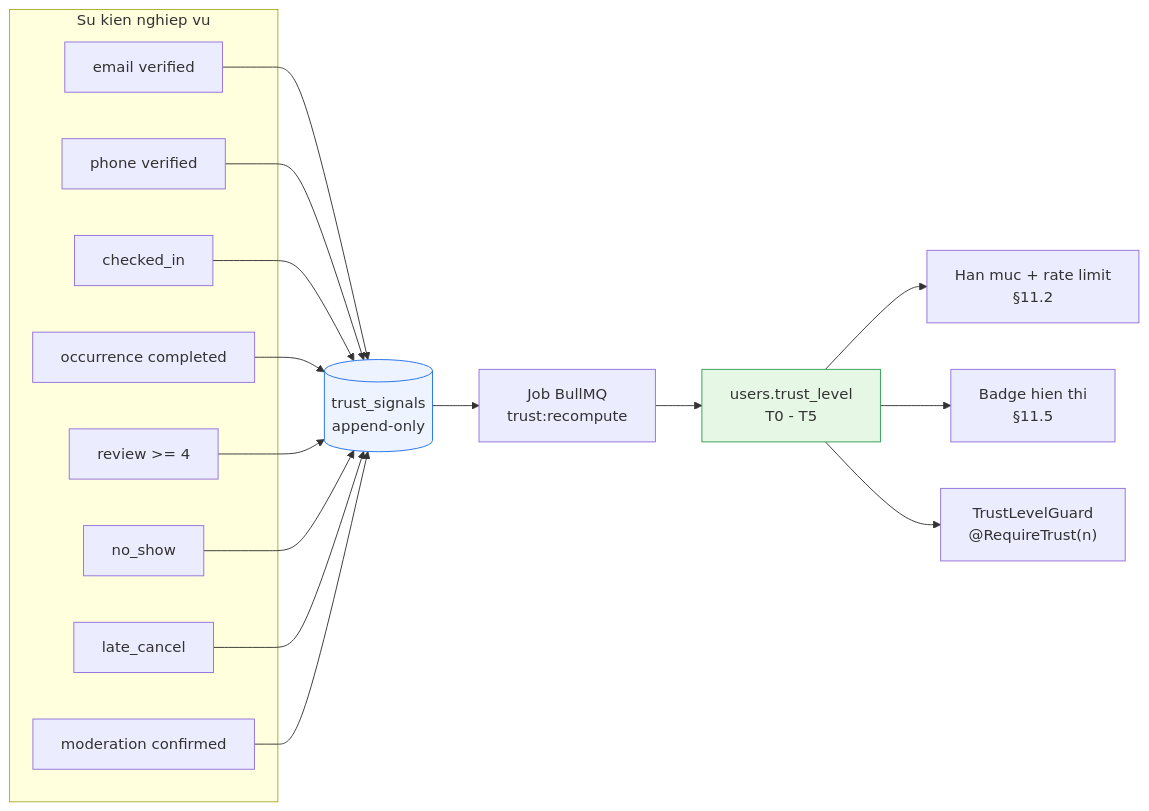
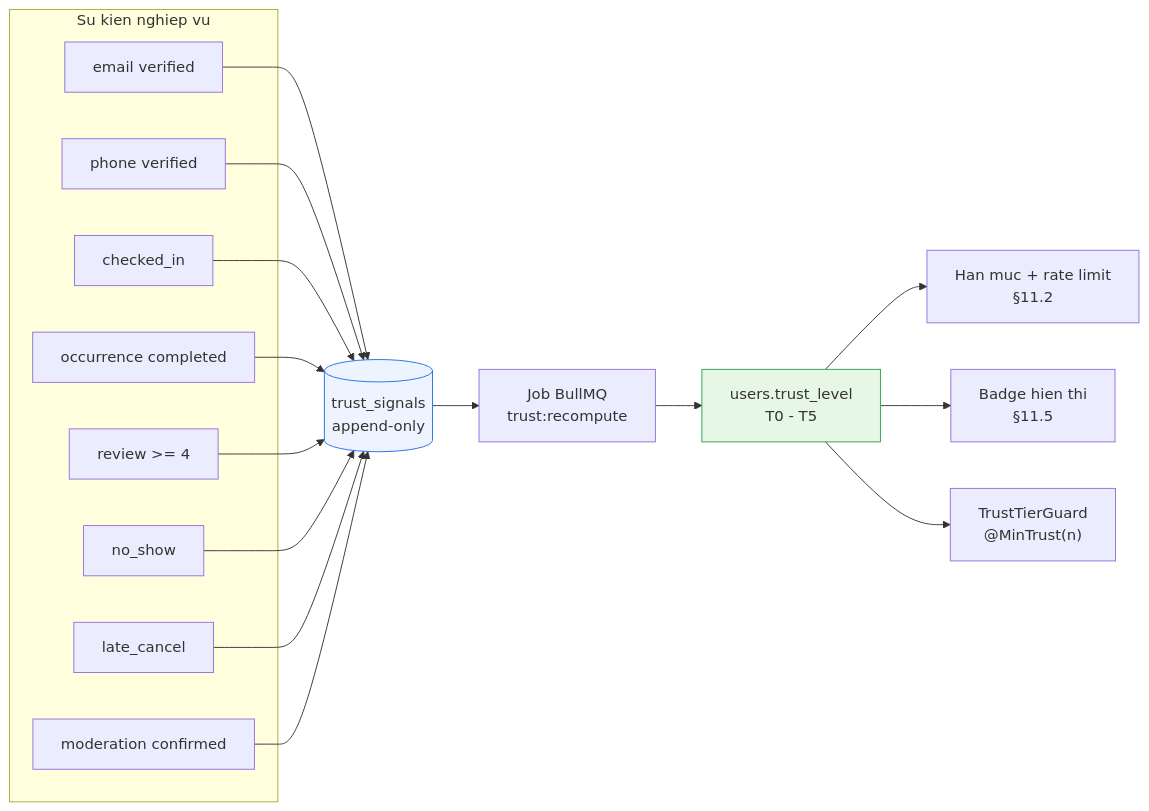
One commit to DangNH2512/vncare changed the seventh of 10 diagrams in docs/analysis/01-tac-nhan-va-phan-quyen.md. Above: the diagram before and after it, drawn with Mermaid. The commit also changed other lines of this file and 110 other files, not shown here.

````diff
--- a/docs/analysis/01-tac-nhan-va-phan-quyen.md
+++ b/docs/analysis/01-tac-nhan-va-phan-quyen.md
@@ -1108,37 +1108,37 @@
 ```mermaid
 flowchart LR
     subgraph EV["Su kien nghiep vu"]
         E1["email verified"]
         E2["phone verified"]
         E3["checked_in"]
         E4["occurrence completed"]
         E5["review >= 4"]
         E6["no_show"]
         E7["late_cancel"]
         E8["moderation confirmed"]
     end
 
     TS[("trust_signals<br/>append-only")]
     JOB["Job BullMQ<br/>trust:recompute"]
     LVL["users.trust_level<br/>T0 - T5"]
     QUOTA["Han muc + rate limit<br/>§11.2"]
     BADGE["Badge hien thi<br/>§11.5"]
-    GUARD["TrustLevelGuard<br/>@RequireTrust(n)"]
+    GUARD["TrustTierGuard<br/>@MinTrust(n)"]
 
     E1 --> TS
     E2 --> TS
     E3 --> TS
     E4 --> TS
     E5 --> TS
     E6 --> TS
     E7 --> TS
     E8 --> TS
 
     TS --> JOB --> LVL
     LVL --> QUOTA
     LVL --> BADGE
     LVL --> GUARD
 
     style TS fill:#eef4ff,stroke:#1f6feb
     style LVL fill:#e6f7e6,stroke:#2e9e4f
 ```
````
